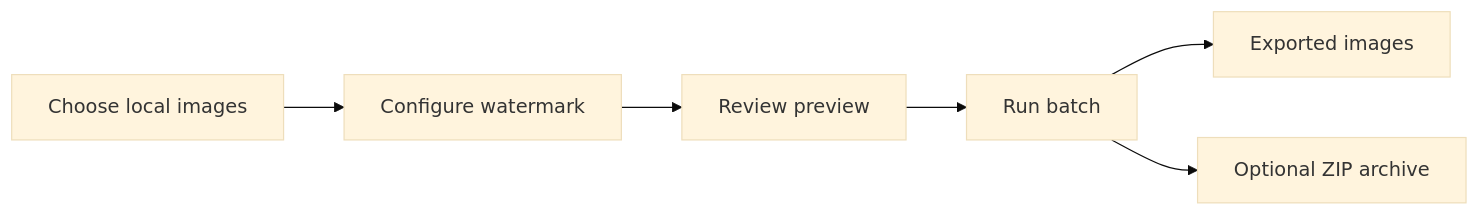
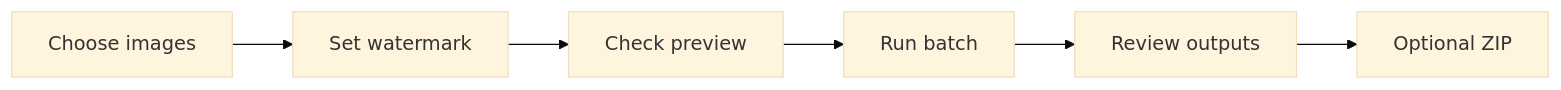
Before and after one commit to Roxas130/watermarkpro-showcase: the diagram in README.md, drawn with Mermaid (base theme). The commit also changed other lines of this file and 3 other files, not shown here.

````diff
--- a/README.md
+++ b/README.md
@@ -36,8 +24,8 @@
 ```mermaid
 flowchart LR
-  A[Choose local images] --> B[Configure watermark]
-  B --> C[Review preview]
-  C --> D[Run batch]
-  D --> E[Exported images]
-  D --> F[Optional ZIP archive]
+    A["Choose images"] --> B["Set watermark"]
+    B --> C["Check preview"]
+    C --> D["Run batch"]
+    D --> E["Review outputs"]
+    E --> F["Optional ZIP"]
 ```
````
